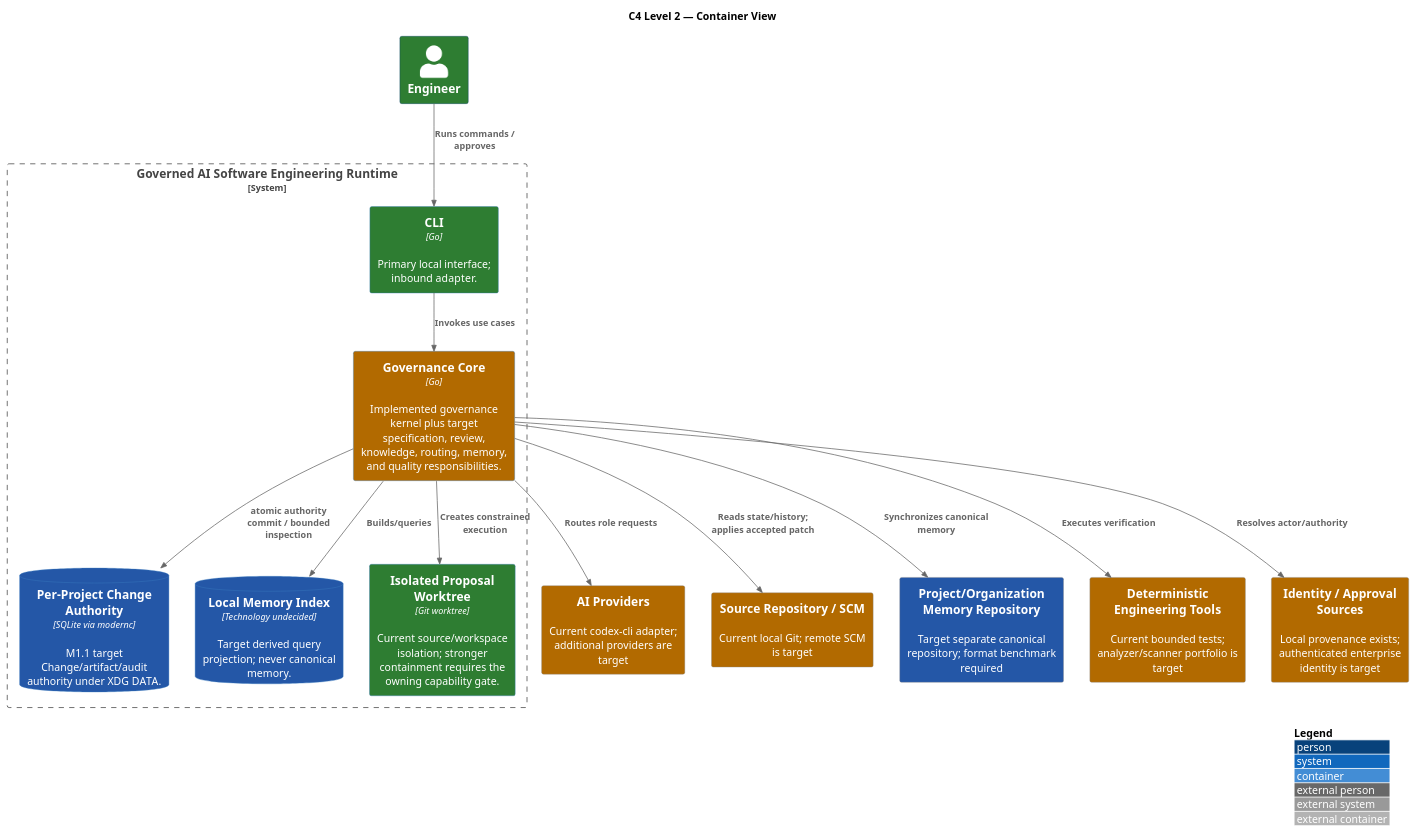
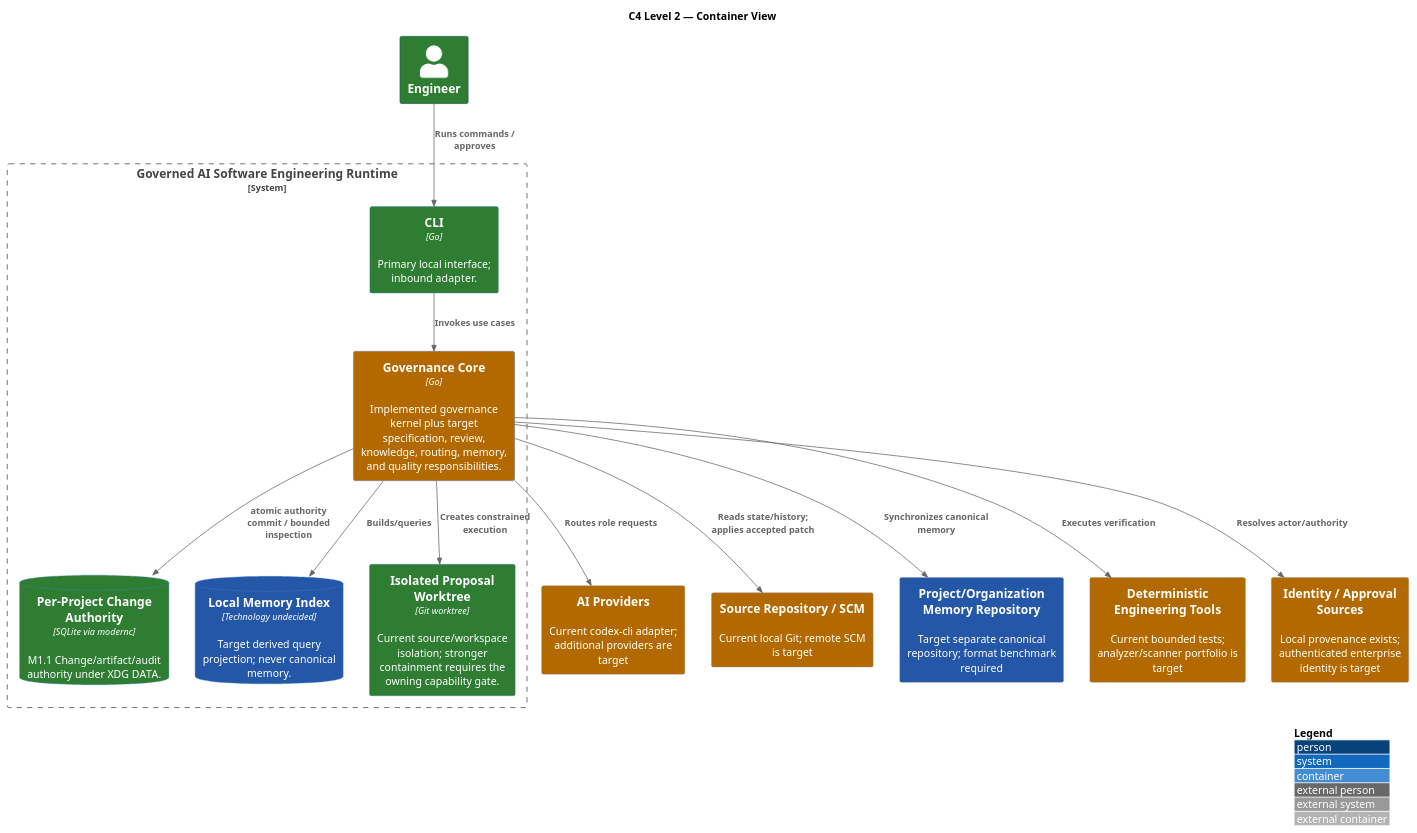
The diagram in docs/architecture/src/docs/arc42/diagrams/c4-container.puml (Eu-Pedro0ficial/praetor), drawn with PlantUML before and after one commit. The commit also changed 80 other files, not shown here.

```diff
--- a/docs/architecture/src/docs/arc42/diagrams/c4-container.puml
+++ b/docs/architecture/src/docs/arc42/diagrams/c4-container.puml
@@ -1,32 +1,32 @@
 @startuml
 !include <C4/C4_Container>
 AddElementTag("AS-IS", $bgColor="#2E7D32", $fontColor="#FFFFFF", $legendText="AS-IS")
 AddElementTag("PARTIAL", $bgColor="#B26A00", $fontColor="#FFFFFF", $legendText="PARTIAL")
 AddElementTag("TARGET", $bgColor="#2457A7", $fontColor="#FFFFFF", $legendText="TARGET")
 AddElementTag("DEFERRED", $bgColor="#6A5A78", $fontColor="#FFFFFF", $legendText="DEFERRED")
 LAYOUT_WITH_LEGEND()
 title C4 Level 2 — Container View
 Person(engineer, "Engineer", $tags="AS-IS")
 System_Boundary(system, "Governed AI Software Engineering Runtime") {
   Container(cli, "CLI", "Go", "Primary local interface; inbound adapter.", $tags="AS-IS")
   Container(core, "Governance Core", "Go", "Implemented governance kernel plus target specification, review, knowledge, routing, memory, and quality responsibilities.", $tags="PARTIAL")
-  ContainerDb(changeStore, "Per-Project Change Authority", "SQLite via modernc", "M1.1 target Change/artifact/audit authority under XDG DATA.", $tags="TARGET")
+  ContainerDb(changeStore, "Per-Project Change Authority", "SQLite via modernc", "M1.1 Change/artifact/audit authority under XDG DATA.", $tags="AS-IS")
   ContainerDb(index, "Local Memory Index", "Technology undecided", "Target derived query projection; never canonical memory.", $tags="TARGET")
   Container(sandbox, "Isolated Proposal Worktree", "Git worktree", "Current source/workspace isolation; stronger containment requires the owning capability gate.", $tags="AS-IS")
 }
 System_Ext(ai, "AI Providers", "Current codex-cli adapter; additional providers are target", $tags="PARTIAL")
 System_Ext(src, "Source Repository / SCM", "Current local Git; remote SCM is target", $tags="PARTIAL")
 System_Ext(mem, "Project/Organization Memory Repository", "Target separate canonical repository; format benchmark required", $tags="TARGET")
 System_Ext(tools, "Deterministic Engineering Tools", "Current bounded tests; analyzer/scanner portfolio is target", $tags="PARTIAL")
 System_Ext(idp, "Identity / Approval Sources", "Local provenance exists; authenticated enterprise identity is target", $tags="PARTIAL")
 Rel(engineer, cli, "Runs commands / approves")
 Rel(cli, core, "Invokes use cases")
 Rel(core, changeStore, "atomic authority commit / bounded inspection")
 Rel(core, index, "Builds/queries")
 Rel(core, sandbox, "Creates constrained execution")
 Rel(core, ai, "Routes role requests")
 Rel(core, src, "Reads state/history; applies accepted patch")
 Rel(core, mem, "Synchronizes canonical memory")
 Rel(core, tools, "Executes verification")
 Rel(core, idp, "Resolves actor/authority")
 @enduml
```
